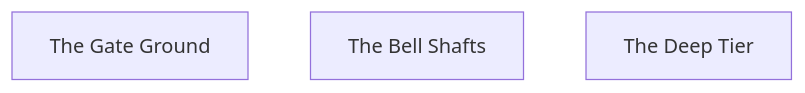
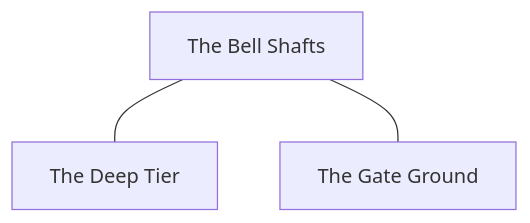
The diagram in build/diagrams/T3_R05.md (rstevenson1237/setting_builder), drawn with Mermaid before and after one commit. The commit also changed 145 other files, not shown here.

First line of the commit message:
Step 10: the location graph, sources and typed exits

````diff
--- a/build/diagrams/T3_R05.md
+++ b/build/diagrams/T3_R05.md
@@ -1,8 +1,10 @@
 ```mermaid
 flowchart TD
 %% Tier 3. Region R05: the region-level containers inside it, binary edges.
 %% Derived by tools/mermaid_gen.py. Do not edit.
     C_THE_GATE_GROUND["The Gate Ground"]
     C_THE_BELL_SHAFTS["The Bell Shafts"]
     C_THE_DEEP_TIER["The Deep Tier"]
+    C_THE_BELL_SHAFTS --- C_THE_DEEP_TIER
+    C_THE_BELL_SHAFTS --- C_THE_GATE_GROUND
 ```
````
